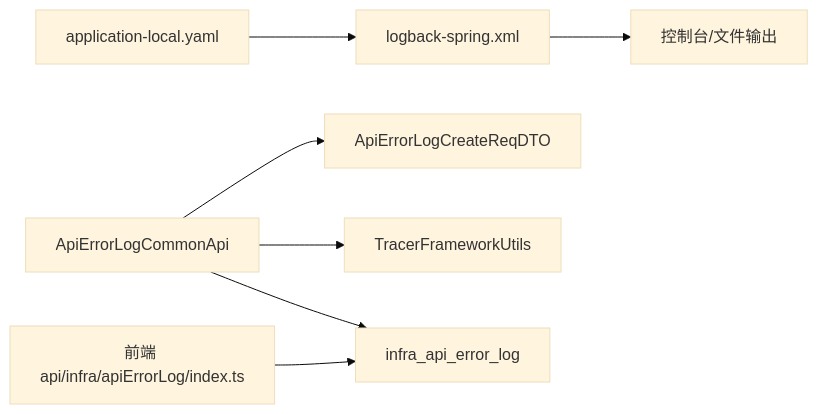
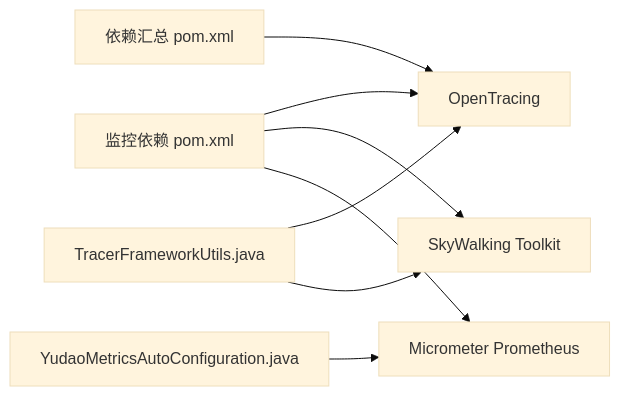
One commit to xiaoche80s-tech/rouyi-vue-pro changed the sixth of 6 diagrams in .qoder/repowiki/zh/content/故障排查/日志分析.md. Above: the diagram before and after it, drawn with Mermaid (base theme). The commit also changed other lines of this file and 840 other files, not shown here.

````diff
--- a/.qoder/repowiki/zh/content/故障排查/日志分析.md
+++ b/.qoder/repowiki/zh/content/故障排查/日志分析.md
@@ -235,9 +304,10 @@
 ```mermaid
 graph LR
-LOG["logback-spring.xml"] --> OUT["控制台/文件输出"]
-CFG["application-local.yaml"] --> LOG
-API_INTF["ApiErrorLogCommonApi"] --> DTO["ApiErrorLogCreateReqDTO"]
-API_INTF --> TRACE["TracerFrameworkUtils"]
-API_INTF --> DB["infra_api_error_log"]
-FE["前端 api/infra/apiErrorLog/index.ts"] --> DB
+DEPS_M["监控依赖 pom.xml"] --> OT["OpenTracing"]
+DEPS_M --> SW["SkyWalking Toolkit"]
+DEPS_M --> MM["Micrometer Prometheus"]
+DEPS_D["依赖汇总 pom.xml"] --> OT
+TFU["TracerFrameworkUtils.java"] --> OT
+TFU --> SW
+YMAC["YudaoMetricsAutoConfiguration.java"] --> MM
 ```
````
